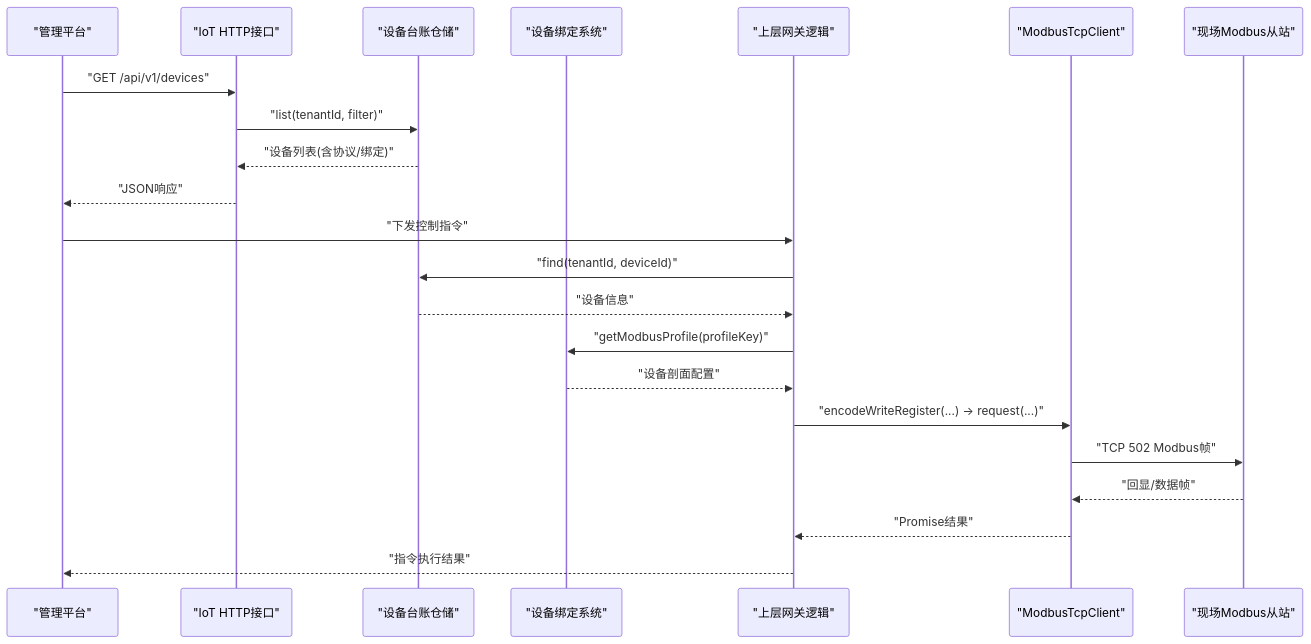
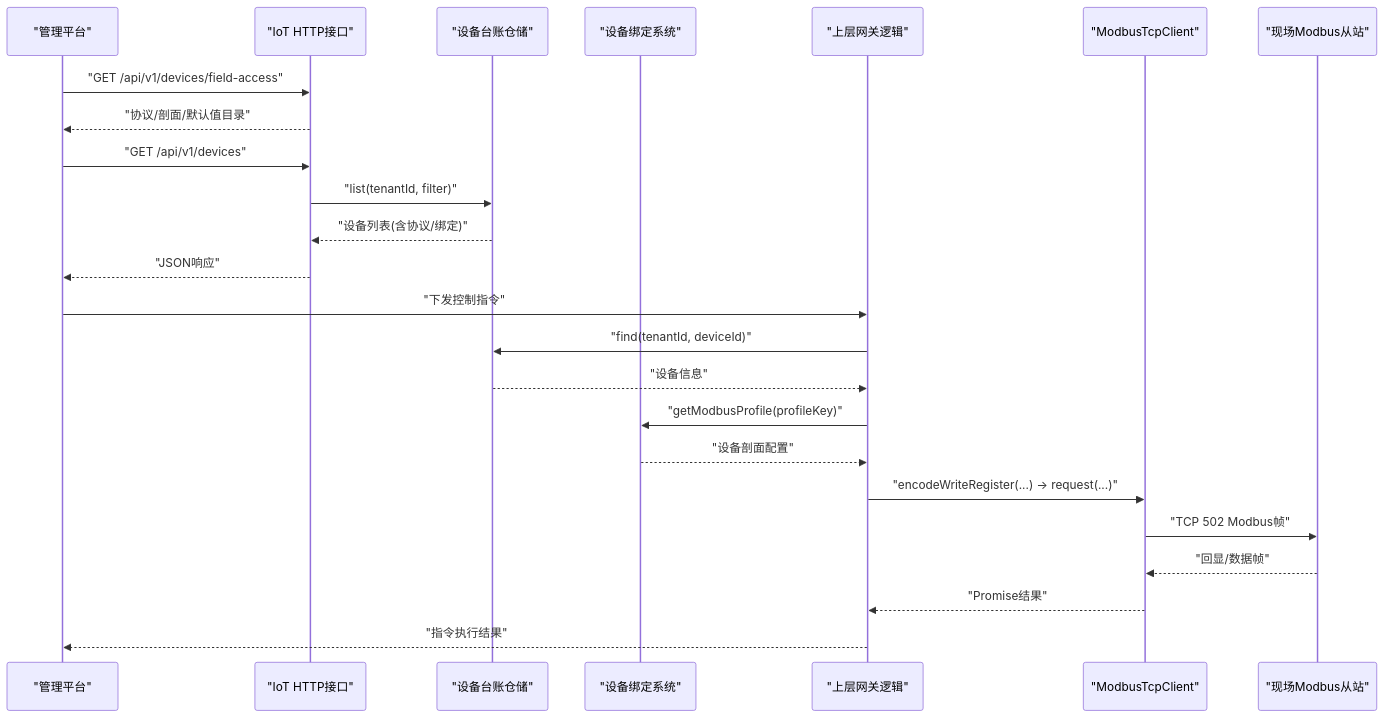
Before and after one commit to q446328246/agri-platform: the second of 8 diagrams in .qoder/repowiki/zh/content/核心服务文档/物联网设备管理/Modbus TCP主站通信.md, drawn with Mermaid. The commit also changed other lines of this file and 25 other files, not shown here.

````diff
--- a/.qoder/repowiki/zh/content/核心服务文档/物联网设备管理/Modbus TCP主站通信.md
+++ b/.qoder/repowiki/zh/content/核心服务文档/物联网设备管理/Modbus TCP主站通信.md
@@ -138,24 +145,26 @@
 ```mermaid
 sequenceDiagram
 participant Admin as "管理平台"
 participant IotHttp as "IoT HTTP接口"
 participant Repo as "设备台账仓储"
 participant Binding as "设备绑定系统"
 participant Gateway as "上层网关逻辑"
 participant Client as "ModbusTcpClient"
 participant Slave as "现场Modbus从站"
+Admin->>IotHttp : "GET /api/v1/devices/field-access"
+IotHttp-->>Admin : "协议/剖面/默认值目录"
 Admin->>IotHttp : "GET /api/v1/devices"
 IotHttp->>Repo : "list(tenantId, filter)"
 Repo-->>IotHttp : "设备列表(含协议/绑定)"
 IotHttp-->>Admin : "JSON响应"
 Admin->>Gateway : "下发控制指令"
 Gateway->>Repo : "find(tenantId, deviceId)"
 Repo-->>Gateway : "设备信息"
 Gateway->>Binding : "getModbusProfile(profileKey)"
 Binding-->>Gateway : "设备剖面配置"
 Gateway->>Client : "encodeWriteRegister(...) -> request(...)"
 Client->>Slave : "TCP 502 Modbus帧"
 Slave-->>Client : "回显/数据帧"
 Client-->>Gateway : "Promise结果"
 Gateway-->>Admin : "指令执行结果"
 ```
````
